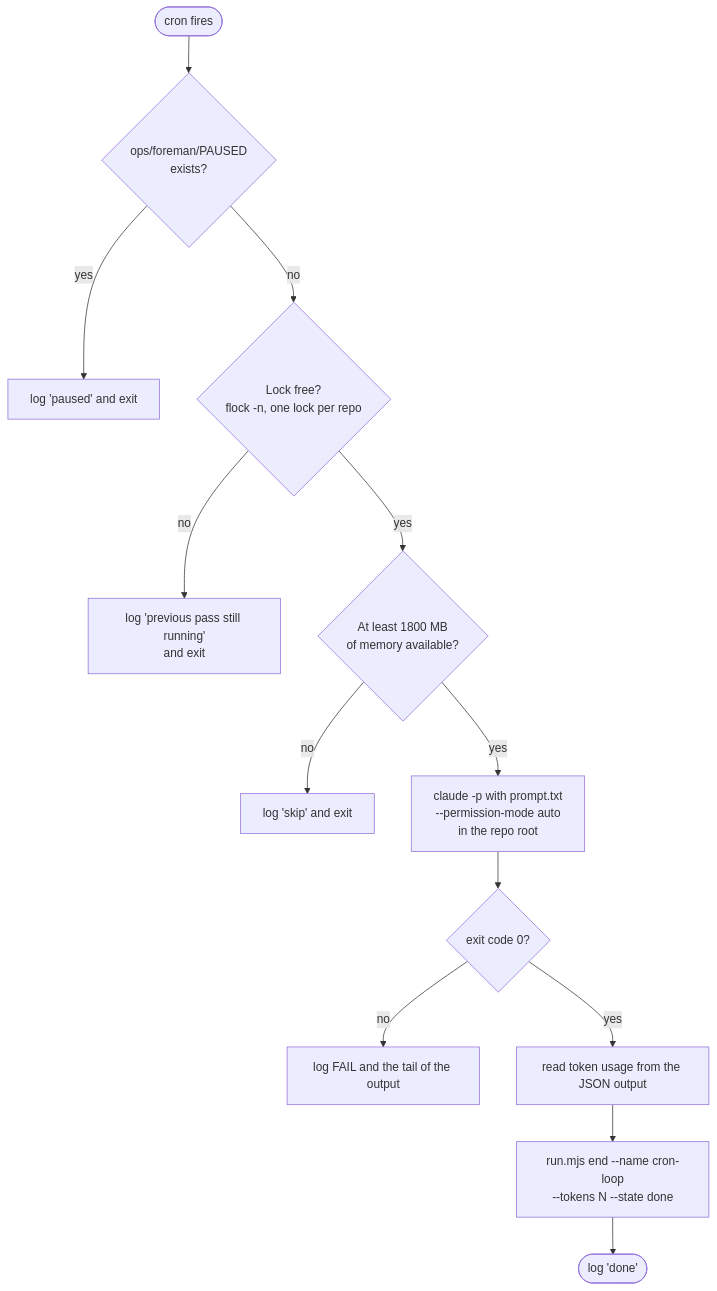
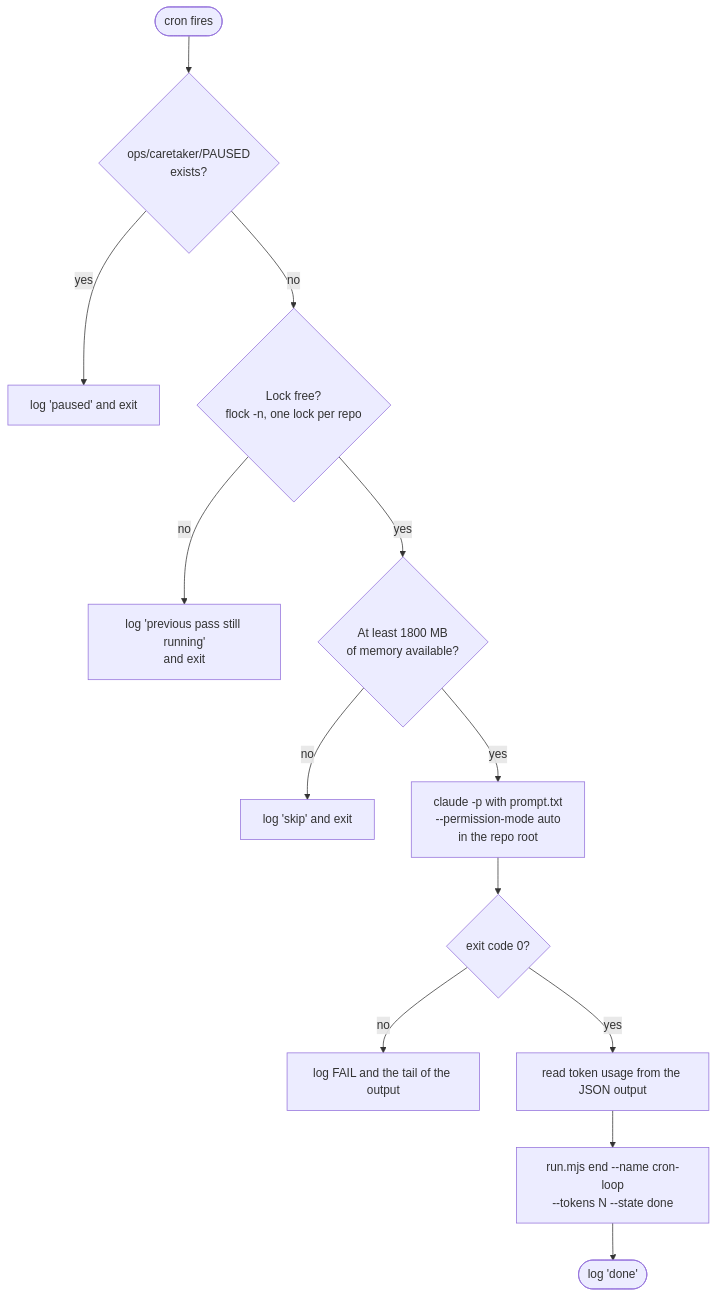
The seventh of 14 diagrams in README.md (clive5exe/Caretaker), drawn with Mermaid before and after one commit. The commit also changed other lines of this file and 59 other files, not shown here.

First line of the commit message:
Rename Foreman to Caretaker, everywhere

````diff
--- a/README.md
+++ b/README.md
@@ -413,15 +413,15 @@
 ```mermaid
 flowchart TD
-  C([cron fires]) --> P{ops/foreman/PAUSED<br/>exists?}
+  C([cron fires]) --> P{ops/caretaker/PAUSED<br/>exists?}
   P -- yes --> S1[log 'paused' and exit]
   P -- no --> L{Lock free?<br/>flock -n, one lock per repo}
   L -- no --> S2[log 'previous pass still running'<br/>and exit]
   L -- yes --> M{"At least 1800 MB<br/>of memory available?"}
   M -- no --> S3[log 'skip' and exit]
   M -- yes --> R["claude -p with prompt.txt<br/>--permission-mode auto<br/>in the repo root"]
   R --> X{exit code 0?}
   X -- no --> F[log FAIL and the tail of the output]
   X -- yes --> T[read token usage from the JSON output]
   T --> RL[run.mjs end --name cron-loop<br/>--tokens N --state done]
   RL --> D([log 'done'])
 ```
````
